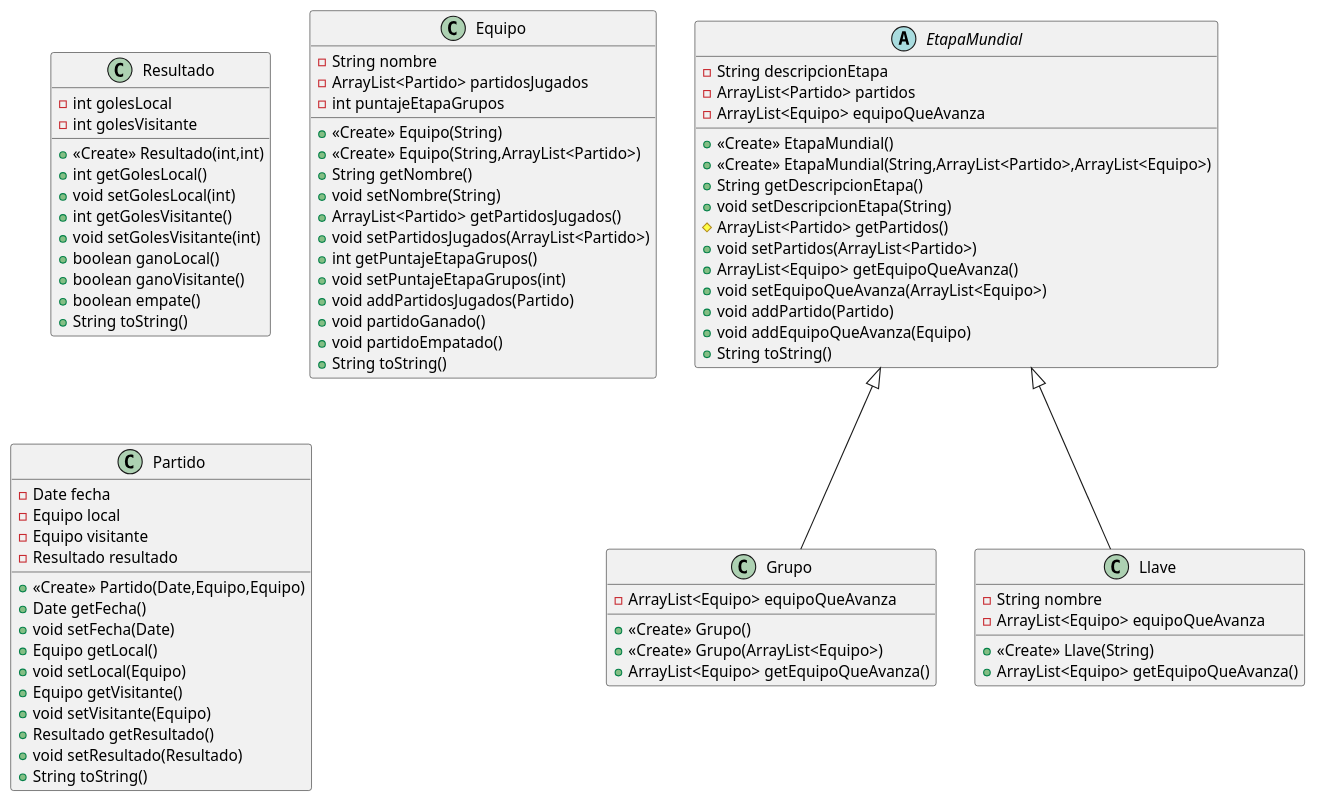
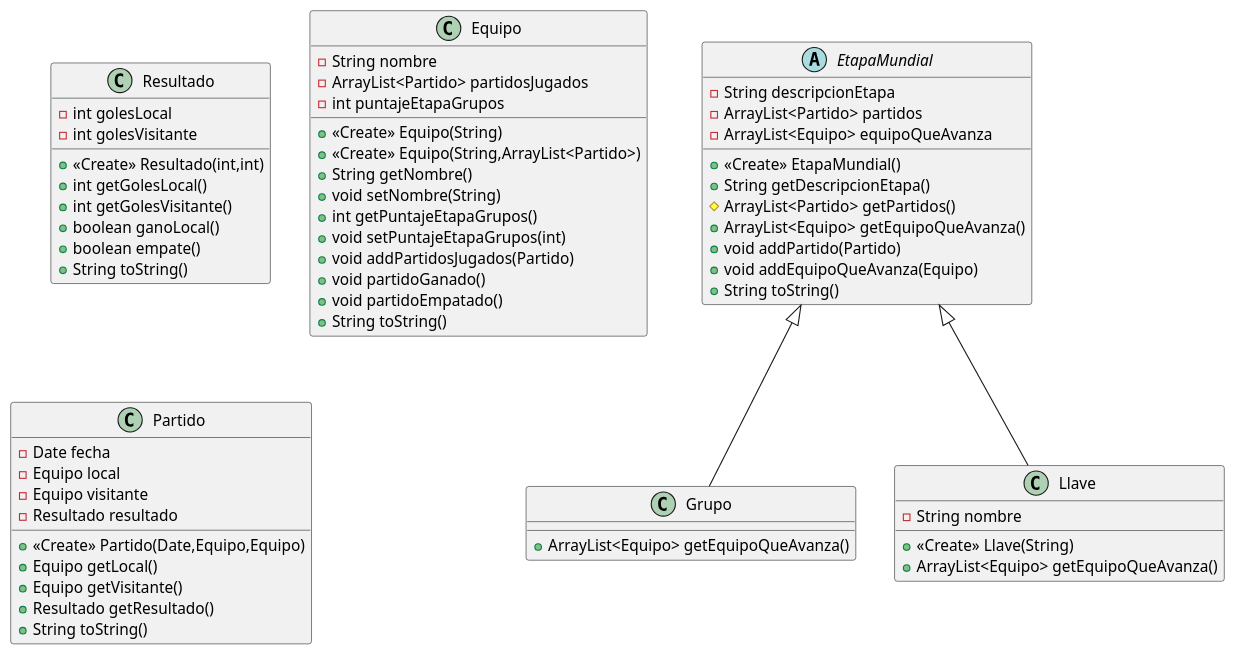
Before and after one commit to Kei-Degregorio-Davinci/TP.2: the diagram in Mundial.puml, drawn with PlantUML.

```diff
--- a/Mundial.puml
+++ b/Mundial.puml
@@ -1,80 +1,62 @@
 @startuml
 abstract class EtapaMundial {
 - String descripcionEtapa
 - ArrayList<Partido> partidos
 - ArrayList<Equipo> equipoQueAvanza
 + <<Create>> EtapaMundial()
-+ <<Create>> EtapaMundial(String,ArrayList<Partido>,ArrayList<Equipo>)
 + String getDescripcionEtapa()
-+ void setDescripcionEtapa(String)
 # ArrayList<Partido> getPartidos()
-+ void setPartidos(ArrayList<Partido>)
 + ArrayList<Equipo> getEquipoQueAvanza()
-+ void setEquipoQueAvanza(ArrayList<Equipo>)
 + void addPartido(Partido)
 + void addEquipoQueAvanza(Equipo)
 + String toString()
 }
 class Resultado {
 - int golesLocal
 - int golesVisitante
 + <<Create>> Resultado(int,int)
 + int getGolesLocal()
-+ void setGolesLocal(int)
 + int getGolesVisitante()
-+ void setGolesVisitante(int)
 + boolean ganoLocal()
-+ boolean ganoVisitante()
 + boolean empate()
 + String toString()
 }
 class Equipo {
 - String nombre
 - ArrayList<Partido> partidosJugados
 - int puntajeEtapaGrupos
 + <<Create>> Equipo(String)
 + <<Create>> Equipo(String,ArrayList<Partido>)
 + String getNombre()
 + void setNombre(String)
-+ ArrayList<Partido> getPartidosJugados()
-+ void setPartidosJugados(ArrayList<Partido>)
 + int getPuntajeEtapaGrupos()
 + void setPuntajeEtapaGrupos(int)
 + void addPartidosJugados(Partido)
 + void partidoGanado()
 + void partidoEmpatado()
 + String toString()
 }
 class Grupo {
-- ArrayList<Equipo> equipoQueAvanza
-+ <<Create>> Grupo()
-+ <<Create>> Grupo(ArrayList<Equipo>)
 + ArrayList<Equipo> getEquipoQueAvanza()
 }
 class Partido {
 - Date fecha
 - Equipo local
 - Equipo visitante
 - Resultado resultado
 + <<Create>> Partido(Date,Equipo,Equipo)
-+ Date getFecha()
-+ void setFecha(Date)
 + Equipo getLocal()
-+ void setLocal(Equipo)
 + Equipo getVisitante()
-+ void setVisitante(Equipo)
 + Resultado getResultado()
-+ void setResultado(Resultado)
 + String toString()
 }
 class Llave {
 - String nombre
-- ArrayList<Equipo> equipoQueAvanza
 + <<Create>> Llave(String)
 + ArrayList<Equipo> getEquipoQueAvanza()
 }
 
 
 EtapaMundial <|-- Grupo
 EtapaMundial <|-- Llave
 @enduml
```
